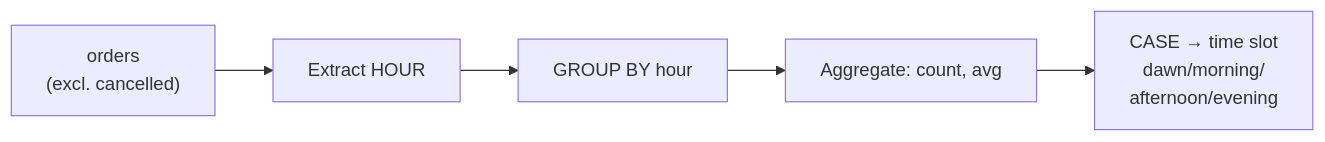
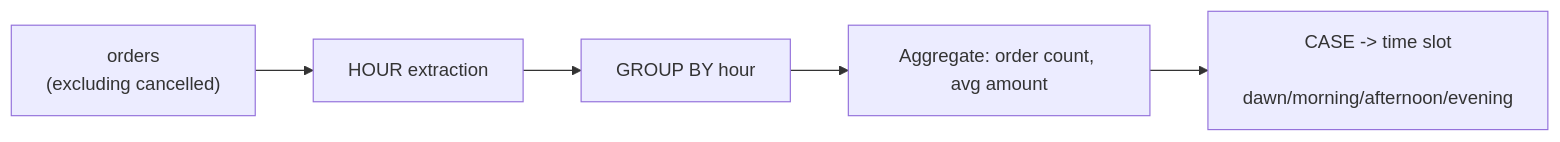
Before and after one commit to civilian7/sql-tutorial: the seventh of 18 diagrams in docs/en/schema/views.md, drawn with Mermaid. The commit also changed other lines of this file and 121 other files, not shown here.

````diff
--- a/docs/en/schema/views.md
+++ b/docs/en/schema/views.md
@@ -738,10 +753,9 @@
 ```mermaid
 flowchart LR
     A["orders
-    (excl. cancelled)"] --> B["Extract HOUR"]
+    (excluding cancelled)"] --> B["HOUR extraction"]
     B --> C["GROUP BY hour"]
-    C --> D["Aggregate: count, avg"]
-    D --> E["CASE → time slot
-    dawn/morning/
-    afternoon/evening"]
+    C --> D["Aggregate: order count, avg amount"]
+    D --> E["CASE -> time slot
+    dawn/morning/afternoon/evening"]
 ```
````
